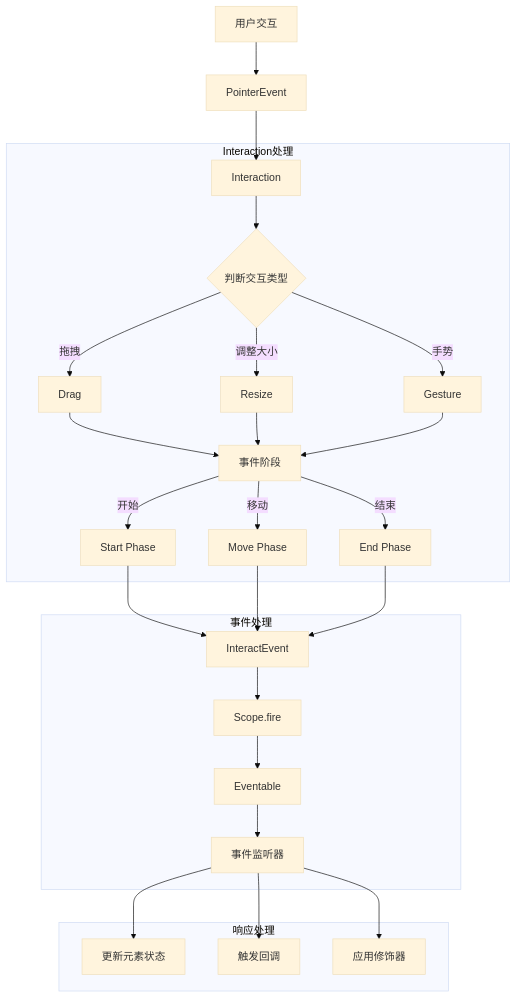
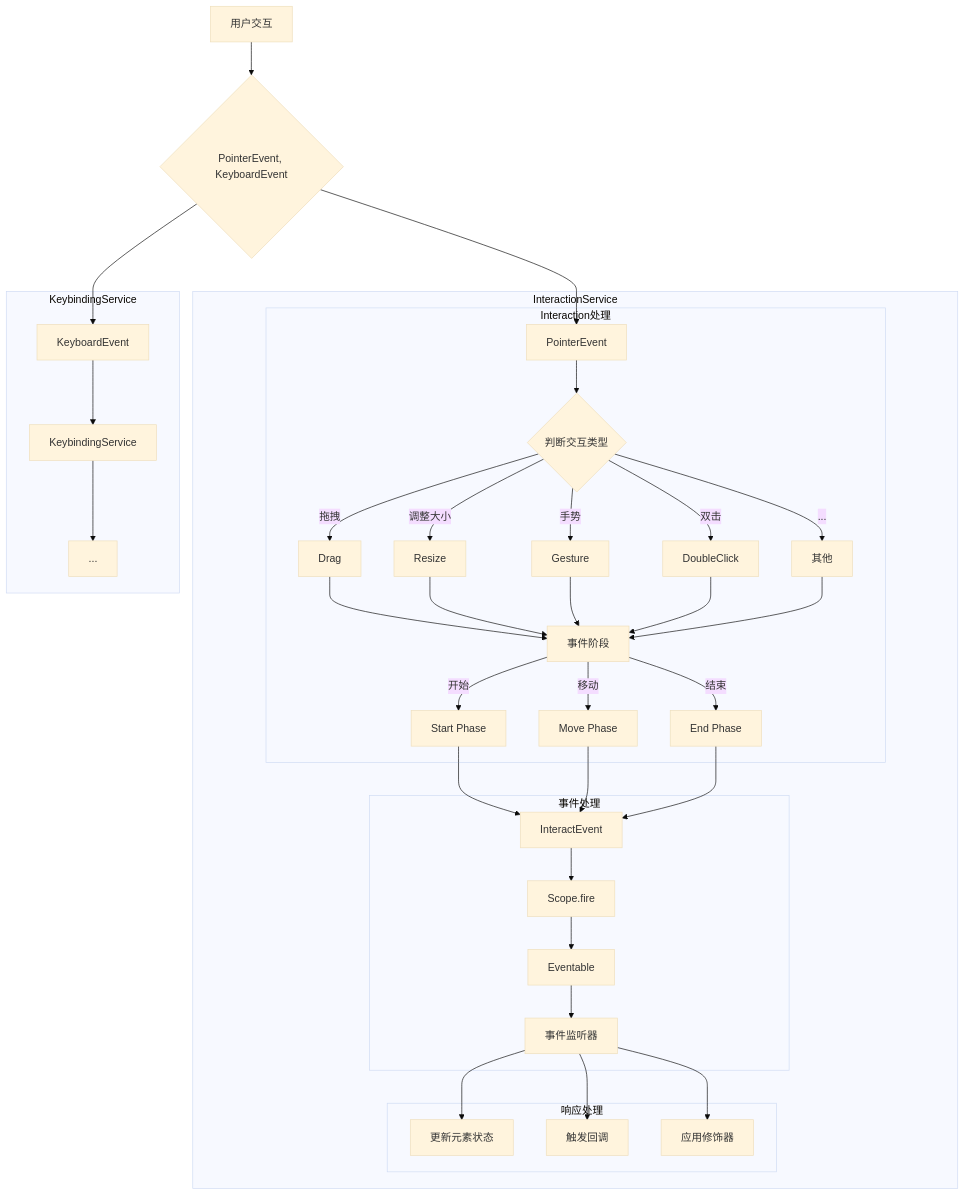
The third of 3 diagrams in docs/architecture.md (Gao-Jinlong/game-map-engine), drawn with Mermaid (base theme) before and after one commit. The commit also changed other lines of this file and 6 other files, not shown here.

````diff
--- a/docs/architecture.md
+++ b/docs/architecture.md
@@ -329,37 +295,49 @@
 ```mermaid
 graph TD
-    A[用户交互] --> B[PointerEvent]
-    B --> C[Interaction]
+    A[用户交互] -->A1{PointerEvent, KeyboardEvent}
+    A1 --> B[PointerEvent]
+    A1 --> C[KeyboardEvent]
 
-    subgraph Interaction处理
-        C --> D{判断交互类型}
-        D -->|拖拽| E[Drag]
-        D -->|调整大小| F[Resize]
-        D -->|手势| G[Gesture]
+    subgraph InteractionService
+        subgraph Interaction处理
+            B --> D{判断交互类型}
+            D -->|拖拽| E1[Drag]
+            D -->|调整大小| E2[Resize]
+            D -->|手势| E3[Gesture]
+            D -->|双击| E4[DoubleClick]
+            D -->|...| E5[其他]
 
-        E --> H[事件阶段]
-        F --> H
-        G --> H
+            E1 --> H[事件阶段]
+            E2 --> H
+            E3 --> H
+            E4 --> H
+            E5 --> H
 
-        H -->|开始| I[Start Phase]
-        H -->|移动| J[Move Phase]
-        H -->|结束| K[End Phase]
+            H -->|开始| I[Start Phase]
+            H -->|移动| J[Move Phase]
+            H -->|结束| K[End Phase]
+            
+        end
+
+        subgraph 事件处理
+            I --> L[InteractEvent]
+            J --> L
+            K --> L
+
+            L --> M[Scope.fire]
+            M --> N[Eventable]
+            N --> O[事件监听器]
+        end
+
+        subgraph 响应处理
+            O --> P[更新元素状态]
+            O --> Q[触发回调]
+            O --> R[应用修饰器]
+        end
     end
 
-    subgraph 事件处理
-        I --> L[InteractEvent]
-        J --> L
-        K --> L
-
-        L --> M[Scope.fire]
-        M --> N[Eventable]
-        N --> O[事件监听器]
+    subgraph KeybindingService
+        C --> KD[KeybindingService]
+        KD --> KE[...]
     end
-
-    subgraph 响应处理
-        O --> P[更新元素状态]
-        O --> Q[触发回调]
-        O --> R[应用修饰器]
-    end
-
 ```
````
